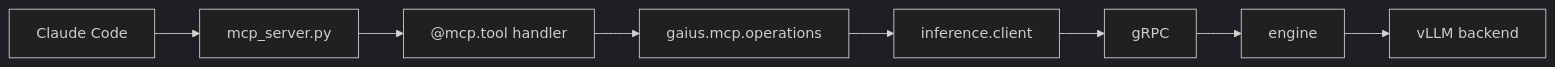
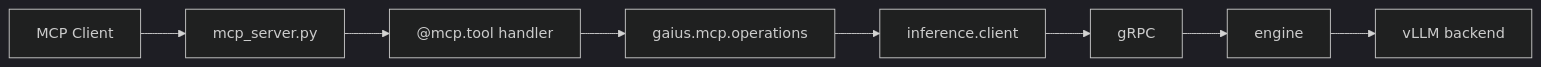
One commit to zndx/gaius changed the third of 6 diagrams in src/gaius/README.md. Above: the diagram before and after it, drawn with Mermaid (dark theme). The commit also changed other lines of this file and 22 other files, not shown here.

First line of the commit message:
refactor(acp): replace Claude Code references with Mistral Vibe

````diff
--- a/src/gaius/README.md
+++ b/src/gaius/README.md
@@ -68,10 +68,10 @@
 ```mermaid
 flowchart LR
-    A[Claude Code] --> B[mcp_server.py]
+    A[MCP Client] --> B[mcp_server.py]
     B --> C["@mcp.tool handler"]
     C --> D[gaius.mcp.operations]
     D --> E[inference.client]
     E --> F[gRPC]
     F --> G[engine]
     G --> H[vLLM backend]
 ```
````
